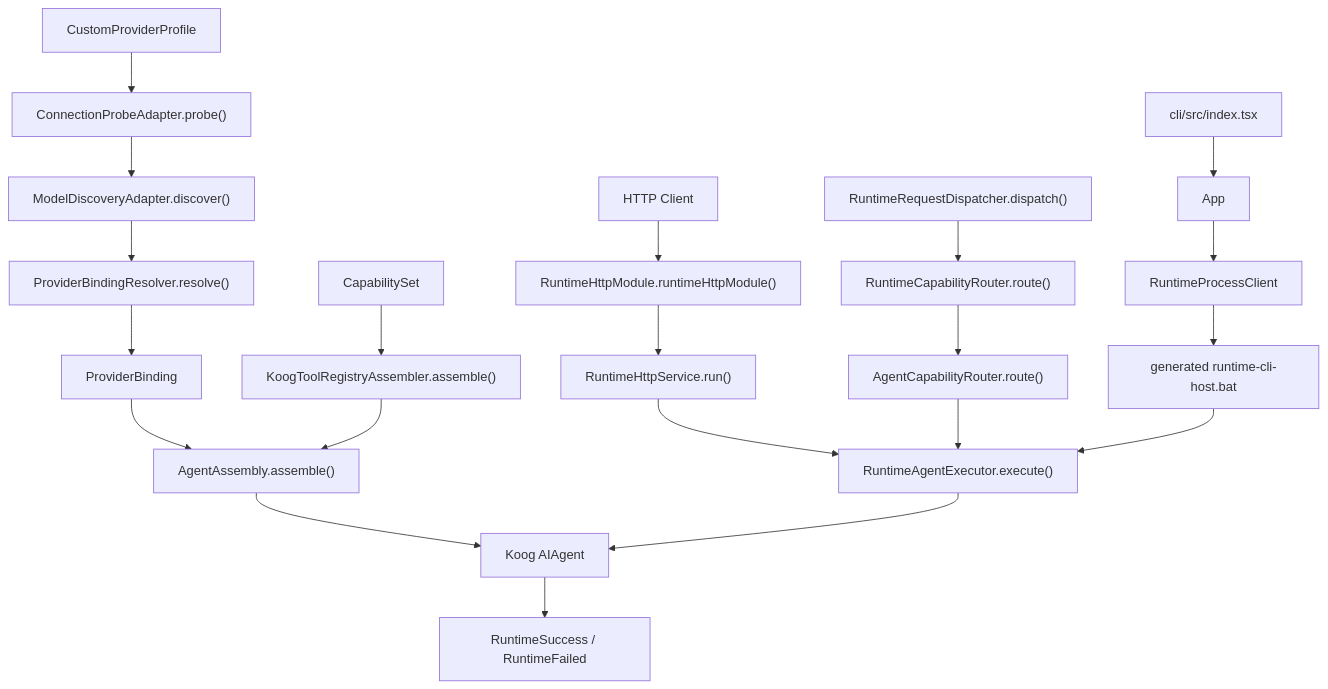
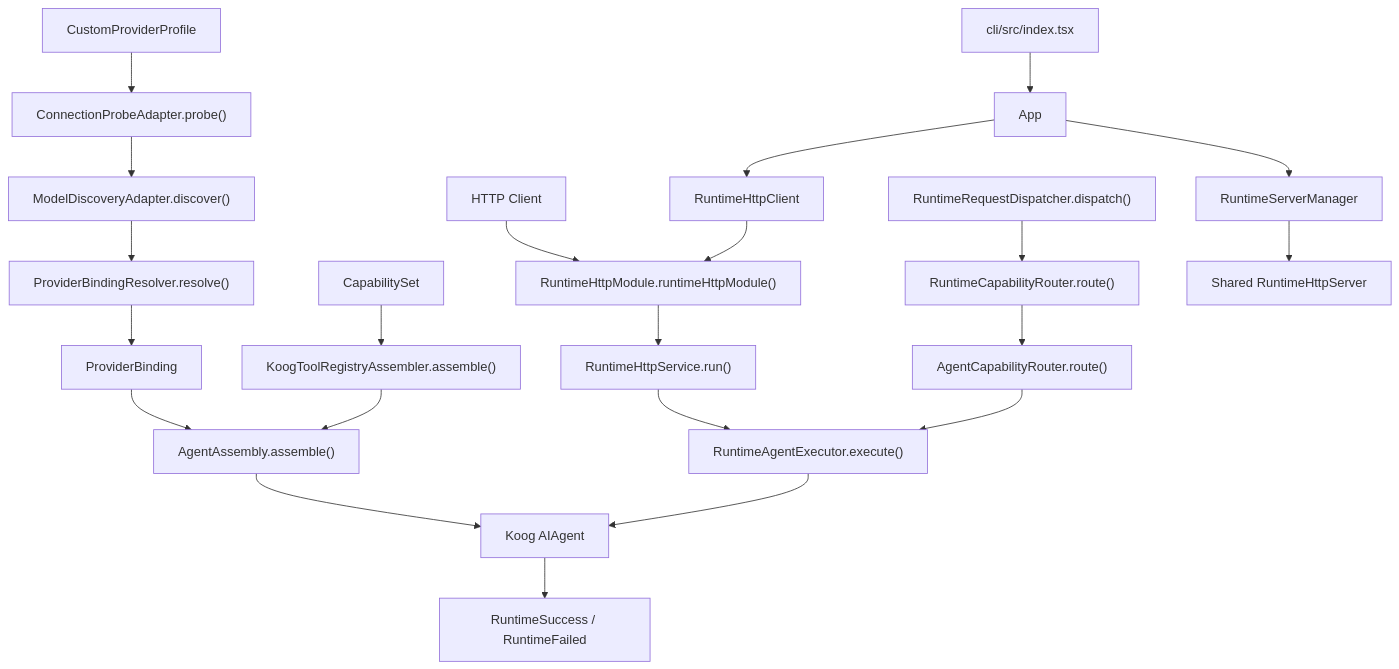
The first of 11 diagrams in docs/MAIN_LOGIC_RELATIONSHIPS.md (mulehang6/mulehang-agent), drawn with Mermaid before and after one commit. The commit also changed other lines of this file and 50 other files, not shown here.

First line of the commit message:
feat(cli): 切换共享运行时 HTTP 服务

````diff
--- a/docs/MAIN_LOGIC_RELATIONSHIPS.md
+++ b/docs/MAIN_LOGIC_RELATIONSHIPS.md
@@ -13,27 +13,28 @@
 ```mermaid
 flowchart TD
     HttpClient["HTTP Client"] --> RuntimeHttpModule["RuntimeHttpModule.runtimeHttpModule()"]
     RuntimeHttpModule --> RuntimeHttpService["RuntimeHttpService.run()"]
     RuntimeHttpService --> RuntimeAgentExecutor["RuntimeAgentExecutor.execute()"]
 
     RuntimeEntry["RuntimeRequestDispatcher.dispatch()"] --> RuntimeRouter["RuntimeCapabilityRouter.route()"]
     RuntimeRouter --> AgentCapabilityRouter["AgentCapabilityRouter.route()"]
     AgentCapabilityRouter --> RuntimeAgentExecutor
 
     ProviderProfile["CustomProviderProfile"] --> Probe["ConnectionProbeAdapter.probe()"]
     Probe --> Discovery["ModelDiscoveryAdapter.discover()"]
     Discovery --> BindingResolver["ProviderBindingResolver.resolve()"]
     BindingResolver --> ProviderBinding["ProviderBinding"]
 
     CapabilitySet["CapabilitySet"] --> ToolRegistryAssembler["KoogToolRegistryAssembler.assemble()"]
     ProviderBinding --> AgentAssembly["AgentAssembly.assemble()"]
     ToolRegistryAssembler --> AgentAssembly
     AgentAssembly --> KoogAgent["Koog AIAgent"]
     RuntimeAgentExecutor --> KoogAgent
     KoogAgent --> RuntimeResult["RuntimeSuccess / RuntimeFailed"]
 
     CliEntry["cli/src/index.tsx"] --> CliApp["App"]
-    CliApp --> RuntimeProcessClient["RuntimeProcessClient"]
-    RuntimeProcessClient --> RuntimeCliHost["generated runtime-cli-host.bat"]
-    RuntimeCliHost --> RuntimeAgentExecutor
+    CliApp --> RuntimeServerManager["RuntimeServerManager"]
+    CliApp --> RuntimeHttpClient["RuntimeHttpClient"]
+    RuntimeServerManager --> RuntimeHttpServer["Shared RuntimeHttpServer"]
+    RuntimeHttpClient --> RuntimeHttpModule
 ```
````
